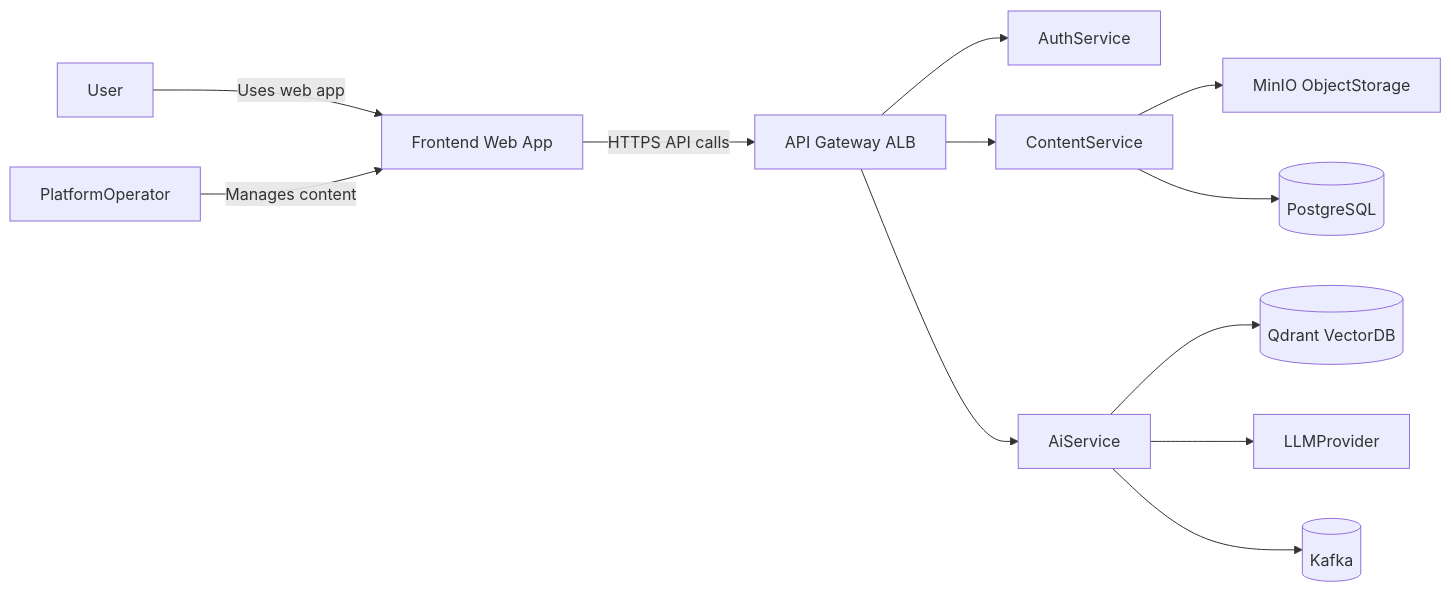
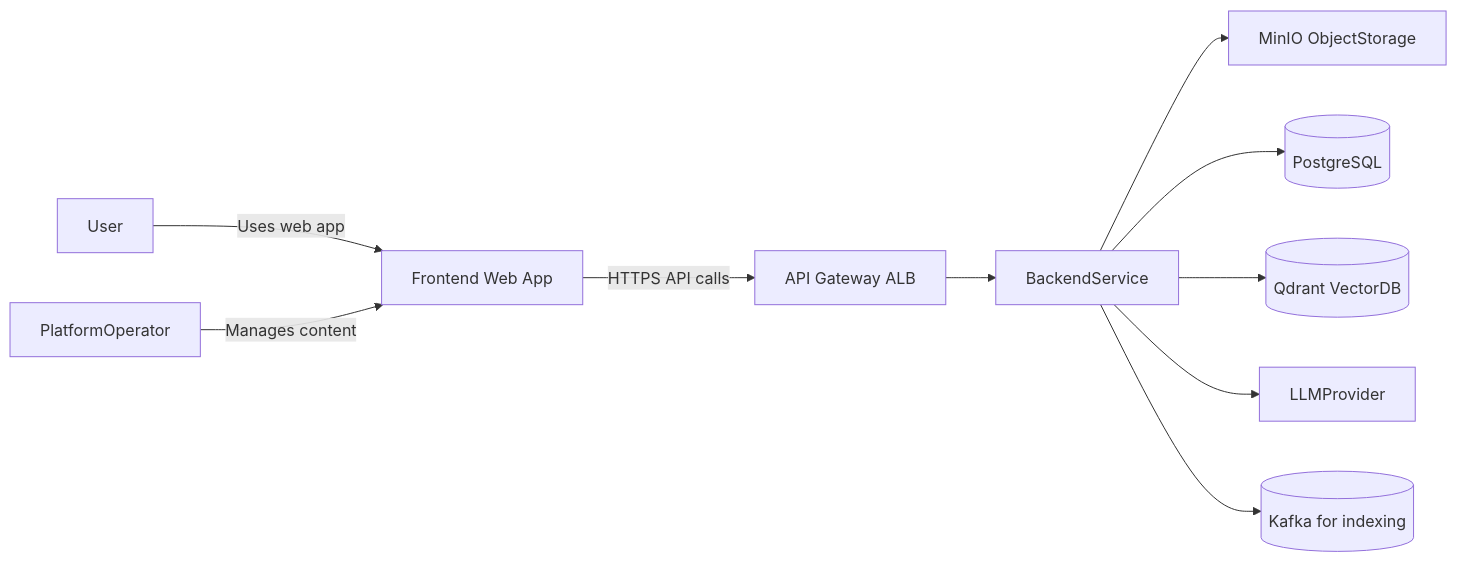
The first of 4 diagrams in documents/AVD.md (BeketML/EduAI), drawn with Mermaid before and after one commit. The commit also changed other lines of this file and 38 other files, not shown here.

````diff
--- a/documents/AVD.md
+++ b/documents/AVD.md
@@ -119,14 +119,12 @@
 ```mermaid
 flowchart LR
   user[User] -->|"Uses web app"| frontend[Frontend Web App]
   operator[PlatformOperator] -->|"Manages content"| frontend
   frontend -->|"HTTPS API calls"| apiGateway[API Gateway ALB]
-  apiGateway --> authService[AuthService]
-  apiGateway --> contentService[ContentService]
-  apiGateway --> aiService[AiService]
-  contentService --> objectStorage[MinIO ObjectStorage]
-  contentService --> postgres[(PostgreSQL)]
-  aiService --> qdrant[(Qdrant VectorDB)]
-  aiService --> llmProvider[LLMProvider]
-  aiService --> kafka[(Kafka)]
+  apiGateway --> backendService[BackendService]
+  backendService --> objectStorage[MinIO ObjectStorage]
+  backendService --> postgres[(PostgreSQL)]
+  backendService --> qdrant[(Qdrant VectorDB)]
+  backendService --> llmProvider[LLMProvider]
+  backendService --> kafka[(Kafka for indexing)]
 ```
````
